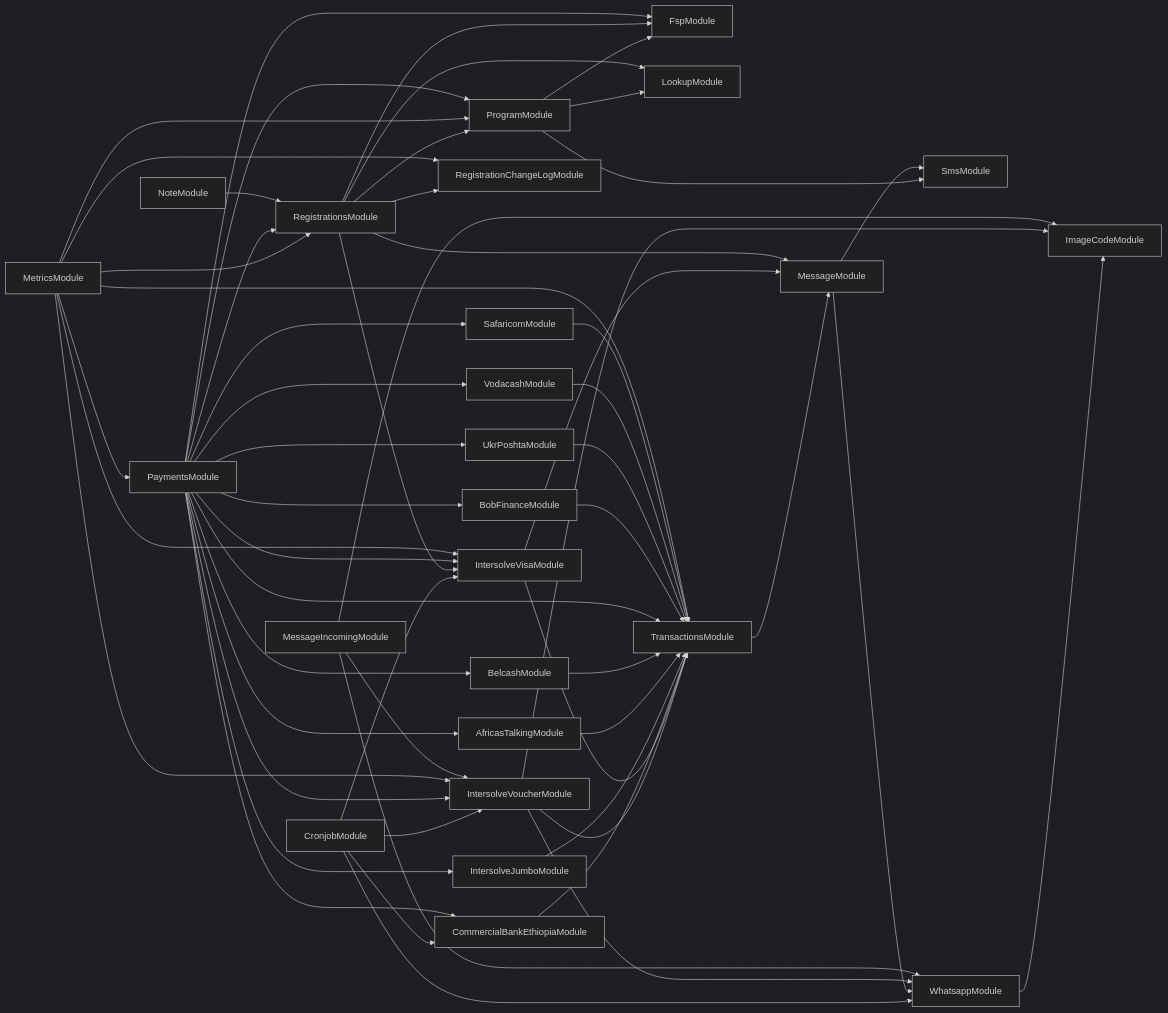
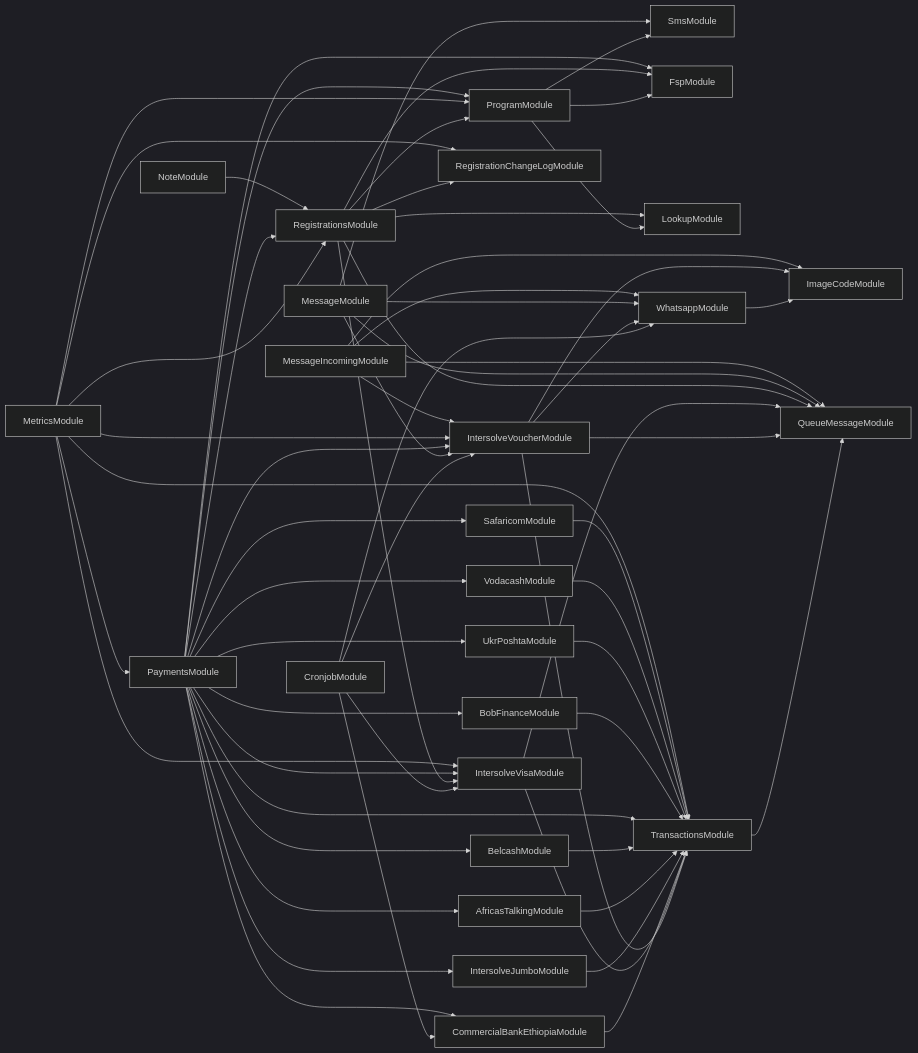
The diagram in services/121-service/module-dependencies.md (global-121/121-platform), drawn with Mermaid (dark theme) before and after one commit. The commit also changed 19 other files, not shown here.

Commit message:
fix: migrate direct sendWhatsapp's to addToQueue AB#24702

````diff
--- a/services/121-service/module-dependencies.md
+++ b/services/121-service/module-dependencies.md
@@ -3,58 +3,62 @@
 ```mermaid
 graph LR
   ProgramModule-->SmsModule
   ProgramModule-->FspModule
   ProgramModule-->LookupModule
   CronjobModule-->WhatsappModule
   WhatsappModule-->ImageCodeModule
   CronjobModule-->IntersolveVoucherModule
   IntersolveVoucherModule-->ImageCodeModule
   IntersolveVoucherModule-->TransactionsModule
-  TransactionsModule-->MessageModule
-  MessageModule-->WhatsappModule
-  MessageModule-->SmsModule
+  TransactionsModule-->QueueMessageModule
   IntersolveVoucherModule-->WhatsappModule
+  IntersolveVoucherModule-->QueueMessageModule
   CronjobModule-->IntersolveVisaModule
   IntersolveVisaModule-->TransactionsModule
-  IntersolveVisaModule-->MessageModule
+  IntersolveVisaModule-->QueueMessageModule
   CronjobModule-->CommercialBankEthiopiaModule
   CommercialBankEthiopiaModule-->TransactionsModule
   RegistrationsModule-->LookupModule
   RegistrationsModule-->ProgramModule
   RegistrationsModule-->FspModule
-  RegistrationsModule-->MessageModule
+  RegistrationsModule-->QueueMessageModule
   RegistrationsModule-->IntersolveVisaModule
   RegistrationsModule-->RegistrationChangeLogModule
+  MessageModule-->WhatsappModule
+  MessageModule-->SmsModule
+  MessageModule-->QueueMessageModule
+  MessageModule-->IntersolveVoucherModule
   MetricsModule-->ProgramModule
   MetricsModule-->RegistrationsModule
   MetricsModule-->PaymentsModule
   PaymentsModule-->FspModule
   PaymentsModule-->IntersolveVoucherModule
   PaymentsModule-->IntersolveVisaModule
   PaymentsModule-->IntersolveJumboModule
   IntersolveJumboModule-->TransactionsModule
   PaymentsModule-->AfricasTalkingModule
   AfricasTalkingModule-->TransactionsModule
   PaymentsModule-->BelcashModule
   BelcashModule-->TransactionsModule
   PaymentsModule-->TransactionsModule
   PaymentsModule-->BobFinanceModule
   BobFinanceModule-->TransactionsModule
   PaymentsModule-->UkrPoshtaModule
   UkrPoshtaModule-->TransactionsModule
   PaymentsModule-->VodacashModule
   VodacashModule-->TransactionsModule
   PaymentsModule-->SafaricomModule
   SafaricomModule-->TransactionsModule
   PaymentsModule-->CommercialBankEthiopiaModule
   PaymentsModule-->RegistrationsModule
   PaymentsModule-->ProgramModule
   MetricsModule-->TransactionsModule
   MetricsModule-->IntersolveVisaModule
   MetricsModule-->IntersolveVoucherModule
   MetricsModule-->RegistrationChangeLogModule
   MessageIncomingModule-->ImageCodeModule
   MessageIncomingModule-->IntersolveVoucherModule
   MessageIncomingModule-->WhatsappModule
+  MessageIncomingModule-->QueueMessageModule
   NoteModule-->RegistrationsModule
 ```
````
